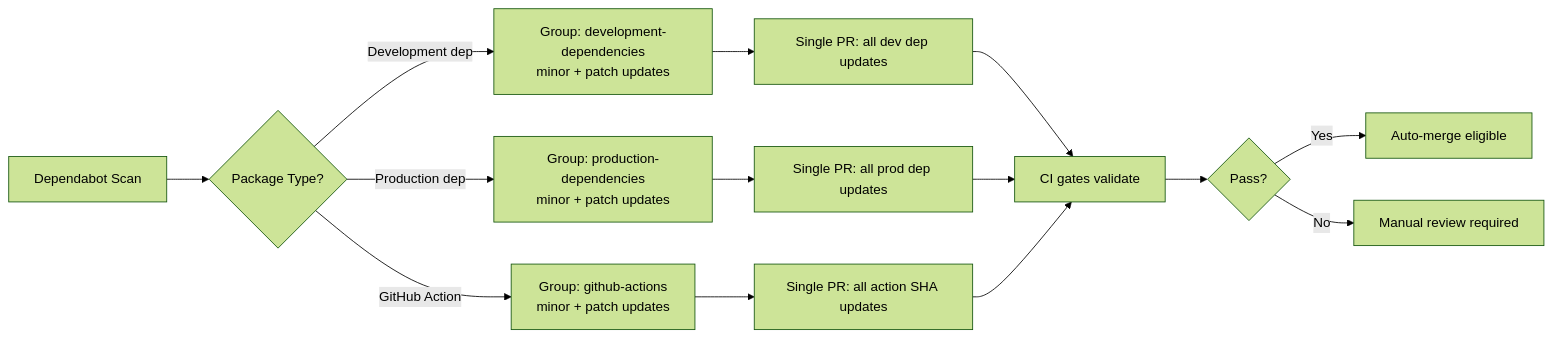
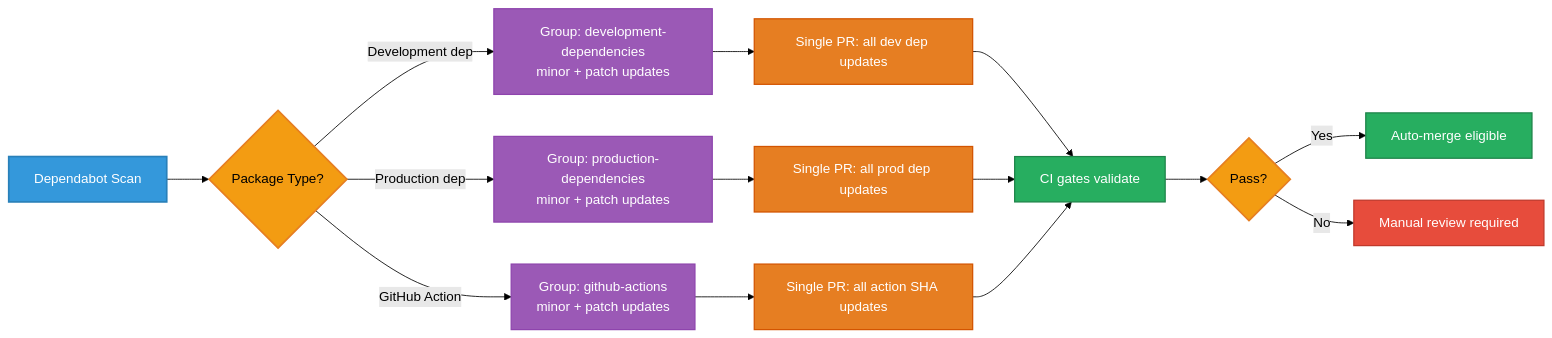
Before and after one commit to Hack23/euparliamentmonitor: diagram 16 of 16 in docs/api/media/WORKFLOWS.md, drawn with Mermaid (forest theme). The commit also changed other lines of this file and 1053 other files, not shown here.

````diff
--- a/docs/api/media/WORKFLOWS.md
+++ b/docs/api/media/WORKFLOWS.md
@@ -1127,16 +1451,30 @@
 ```mermaid
 graph LR
     A[Dependabot Scan] --> B{Package Type?}
     B -->|Development dep| C[Group: development-dependencies<br/>minor + patch updates]
     B -->|Production dep| D[Group: production-dependencies<br/>minor + patch updates]
     B -->|GitHub Action| E[Group: github-actions<br/>minor + patch updates]
     C --> F[Single PR: all dev dep updates]
     D --> G[Single PR: all prod dep updates]
     E --> H[Single PR: all action SHA updates]
     F --> I[CI gates validate]
     G --> I
     H --> I
     I --> J{Pass?}
     J -->|Yes| K[Auto-merge eligible]
     J -->|No| L[Manual review required]
+
+    classDef scanner fill:#3498db,stroke:#2980b9,stroke-width:2px,color:white
+    classDef decision fill:#f39c12,stroke:#e67e22,stroke-width:2px,color:black
+    classDef group fill:#9b59b6,stroke:#8e44ad,stroke-width:1.5px,color:white
+    classDef pr fill:#e67e22,stroke:#d35400,stroke-width:1.5px,color:white
+    classDef pass fill:#27ae60,stroke:#1e8449,stroke-width:1.5px,color:white
+    classDef fail fill:#e74c3c,stroke:#c0392b,stroke-width:1.5px,color:white
+
+    class A scanner
+    class B,J decision
+    class C,D,E group
+    class F,G,H pr
+    class I,K pass
+    class L fail
 ```
````
